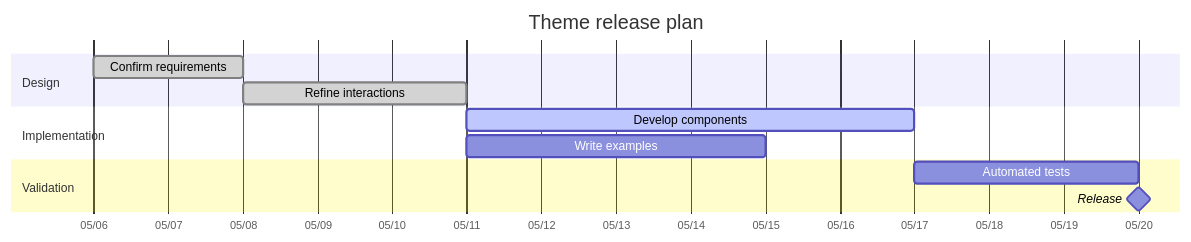
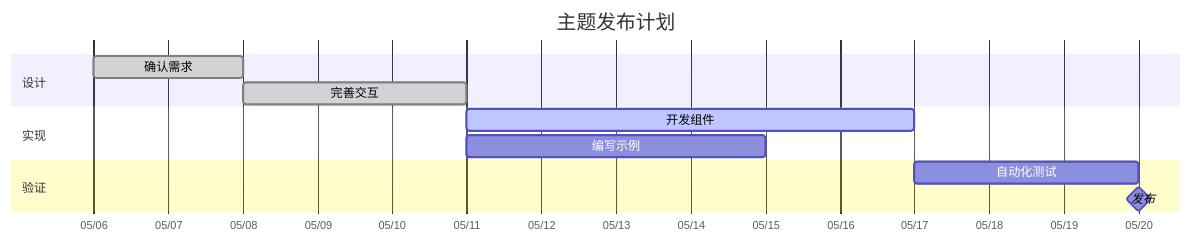
One commit to TTStudio336/tncloud.fun changed the eighth of 14 diagrams in src/content/posts/markdown-mermaid.md. Above: the diagram before and after it, drawn with Mermaid. The commit also changed other lines of this file and 43 other files, not shown here.

````diff
--- a/src/content/posts/markdown-mermaid.md
+++ b/src/content/posts/markdown-mermaid.md
@@ -169,17 +169,17 @@
 ```mermaid
 gantt
-    accTitle: Theme release plan
-    accDescr: The release plan moves from requirements and interaction design through component development, testing, and release.
-    title Theme release plan
+    accTitle: 主题发布计划
+    accDescr: 发布计划依次经过需求确认、交互设计、组件开发、测试和发布。
+    title 主题发布计划
     dateFormat YYYY-MM-DD
     axisFormat %m/%d
-    section Design
-    Confirm requirements :done, brief, 2024-05-06, 2d
-    Refine interactions :done, interaction, after brief, 3d
-    section Implementation
-    Develop components :active, components, after interaction, 6d
-    Write examples :examples, after interaction, 4d
-    section Validation
-    Automated tests :tests, after components, 3d
-    Release :milestone, release, after tests, 0d
+    section 设计
+    确认需求 :done, brief, 2024-05-06, 2d
+    完善交互 :done, interaction, after brief, 3d
+    section 实现
+    开发组件 :active, components, after interaction, 6d
+    编写示例 :examples, after interaction, 4d
+    section 验证
+    自动化测试 :tests, after components, 3d
+    发布 :milestone, release, after tests, 0d
 ```
````
